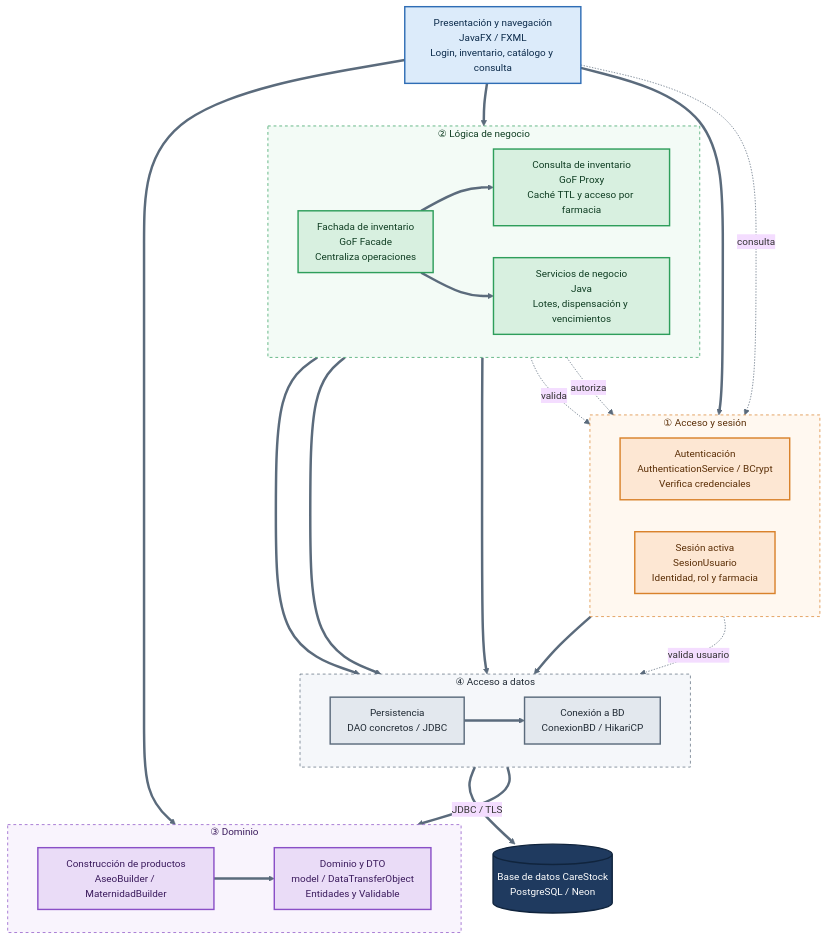
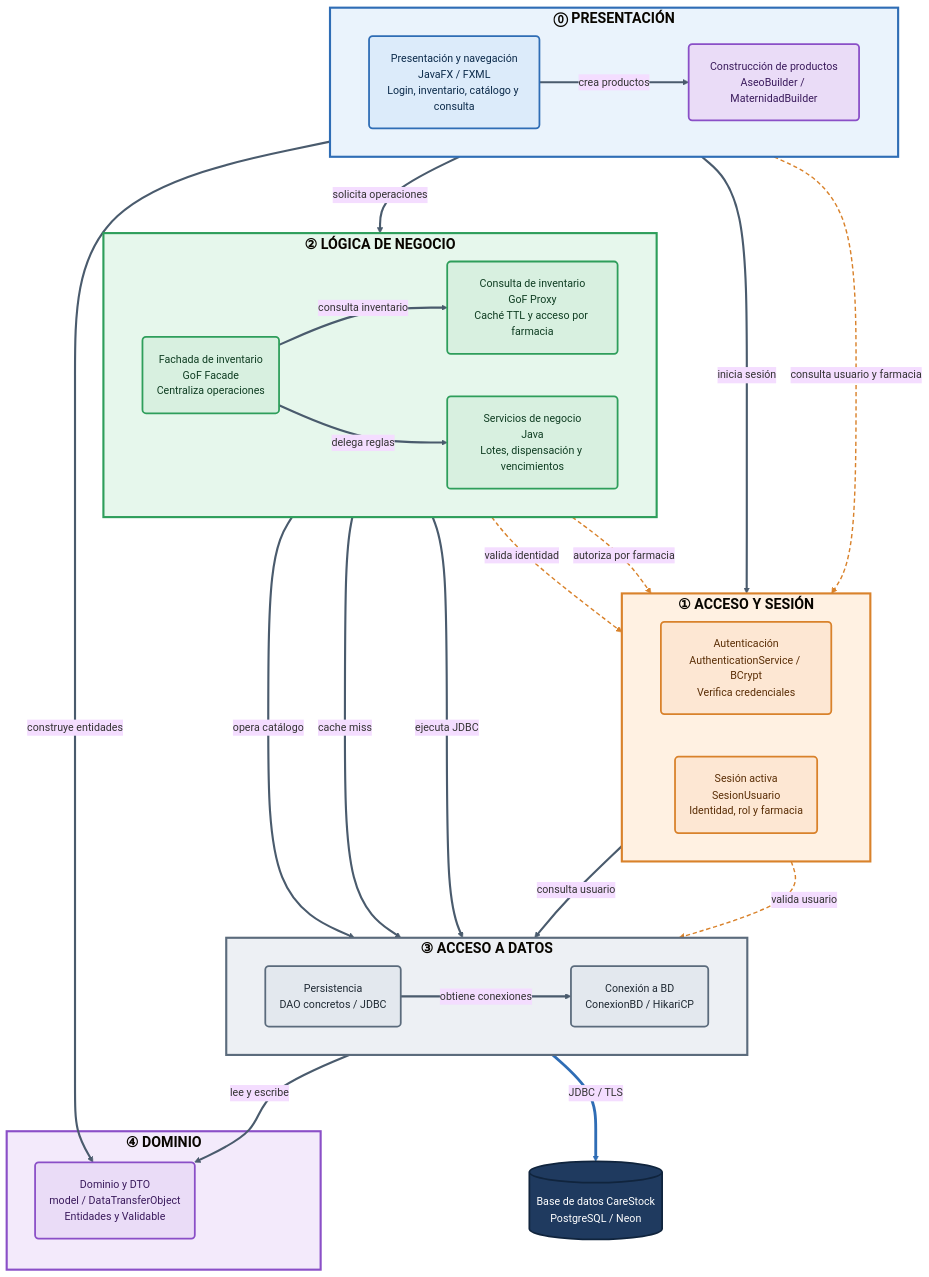
The diagram in docs/diagramas/DIAGRAMA_COMPONENTES_C4.md (puj-course/FIS_2630_1204_G1), drawn with Mermaid before and after one commit. The commit also changed other lines of this file, not shown here.

Commit message:
Revise component diagram and update legends
Updated the component diagram to clarify relationships and styles.

````diff
--- a/docs/diagramas/DIAGRAMA_COMPONENTES_C4.md
+++ b/docs/diagramas/DIAGRAMA_COMPONENTES_C4.md
@@ -16,82 +21,94 @@
 ```mermaid
 %%{init: {
   "theme": "base",
-  "flowchart": { "curve": "basis", "nodeSpacing": 45, "rankSpacing": 60, "padding": 12 },
+  "flowchart": { "curve": "basis", "nodeSpacing": 60, "rankSpacing": 85, "padding": 20, "htmlLabels": true },
   "themeVariables": {
     "fontFamily": "Segoe UI, Roboto, Helvetica, Arial, sans-serif",
-    "fontSize": "14px",
+    "fontSize": "15px",
     "lineColor": "#5B6B7C"
   }
 }}%%
 flowchart TB
 
-    ui["Presentación y navegación<br/>JavaFX / FXML<br/>Login, inventario, catálogo y consulta"]
-
-    subgraph acceso["① Acceso y sesión"]
+    subgraph presentacion["<span style='font-size:20px'><b>⓪ PRESENTACIÓN</b></span>"]
         direction LR
-        auth["Autenticación<br/>AuthenticationService / BCrypt<br/>Verifica credenciales"]
-        sesion["Sesión activa<br/>SesionUsuario<br/>Identidad, rol y farmacia"]
+        ui("Presentación y navegación<br/>JavaFX / FXML<br/>Login, inventario, catálogo y consulta")
+        builder("Construcción de productos<br/>AseoBuilder / MaternidadBuilder")
     end
 
-    subgraph negocio["② Lógica de negocio"]
+    subgraph acceso["<span style='font-size:20px'><b>① ACCESO Y SESIÓN</b></span>"]
         direction LR
-        fachada["Fachada de inventario<br/>GoF Facade<br/>Centraliza operaciones"]
-        proxy["Consulta de inventario<br/>GoF Proxy<br/>Caché TTL y acceso por farmacia"]
-        servicios["Servicios de negocio<br/>Java<br/>Lotes, dispensación y vencimientos"]
+        auth("Autenticación<br/>AuthenticationService / BCrypt<br/>Verifica credenciales")
+        sesion("Sesión activa<br/>SesionUsuario<br/>Identidad, rol y farmacia")
     end
 
-    subgraph dominio["③ Dominio"]
+    subgraph negocio["<span style='font-size:20px'><b>② LÓGICA DE NEGOCIO</b></span>"]
         direction LR
-        builder["Construcción de productos<br/>AseoBuilder / MaternidadBuilder"]
-        modelo["Dominio y DTO<br/>model / DataTransferObject<br/>Entidades y Validable"]
+        fachada("Fachada de inventario<br/>GoF Facade<br/>Centraliza operaciones")
+        proxy("Consulta de inventario<br/>GoF Proxy<br/>Caché TTL y acceso por farmacia")
+        servicios("Servicios de negocio<br/>Java<br/>Lotes, dispensación y vencimientos")
     end
 
-    subgraph datos["④ Acceso a datos"]
+    subgraph datos["<span style='font-size:20px'><b>③ ACCESO A DATOS</b></span>"]
         direction LR
-        dao["Persistencia<br/>DAO concretos / JDBC"]
-        conexion["Conexión a BD<br/>ConexionBD / HikariCP"]
+        dao("Persistencia<br/>DAO concretos / JDBC")
+        conexion("Conexión a BD<br/>ConexionBD / HikariCP")
+    end
+
+    subgraph dominio["<span style='font-size:20px'><b>④ DOMINIO</b></span>"]
+        modelo("Dominio y DTO<br/>model / DataTransferObject<br/>Entidades y Validable")
     end
 
     bd[("Base de datos CareStock<br/>PostgreSQL / Neon")]
 
-    %% Flujo principal
-    ui ==> fachada
-    ui ==> auth
-    ui ==> builder
-    fachada ==> proxy
-    fachada ==> servicios
-    fachada ==> dao
-    proxy ==> dao
-    servicios ==> conexion
-    auth ==> dao
-    builder ==> modelo
-    dao ==> modelo
-    dao ==> conexion
+    %% ---------- Flujo principal (enlaces 0-11) ----------
+    ui ==>|"solicita operaciones"| fachada
+    ui ==>|"inicia sesión"| auth
+    ui ==>|"crea productos"| builder
+    fachada ==>|"consulta inventario"| proxy
+    fachada ==>|"delega reglas"| servicios
+    fachada ==>|"opera catálogo"| dao
+    proxy ==>|"cache miss"| dao
+    servicios ==>|"ejecuta JDBC"| conexion
+    auth ==>|"consulta usuario"| dao
+    dao ==>|"obtiene conexiones"| conexion
+    dao ==>|"lee y escribe"| modelo
+    builder ==>|"construye entidades"| modelo
+
+    %% ---------- Acceso a la base de datos (enlace 12) ----------
     conexion ==>|"JDBC / TLS"| bd
 
-    %% Relaciones transversales (sesión y autorización)
-    ui -.->|"consulta"| sesion
-    fachada -.->|"valida"| sesion
-    proxy -.->|"autoriza"| sesion
+    %% ---------- Relaciones transversales con la sesión (enlaces 13-16) ----------
+    ui -.->|"consulta usuario y farmacia"| sesion
+    fachada -.->|"valida identidad"| sesion
+    proxy -.->|"autoriza por farmacia"| sesion
     sesion -.->|"valida usuario"| conexion
 
-    %% Estilos
-    classDef presentacion fill:#DCEBFA,stroke:#2F6DB5,stroke-width:2px,color:#0B2A4A
-    classDef seguridad fill:#FDE7D3,stroke:#D9822B,stroke-width:2px,color:#5A2E06
-    classDef negocioC fill:#D8F0E0,stroke:#2E9E5B,stroke-width:2px,color:#0F3D22
-    classDef dominioC fill:#EADCF7,stroke:#8A4FC7,stroke-width:2px,color:#3A1A5C
-    classDef datosC fill:#E3E8EE,stroke:#5B6B7C,stroke-width:2px,color:#1F2933
-    classDef bdC fill:#1F3A5F,stroke:#10243D,stroke-width:2px,color:#FFFFFF
+    %% ---------- Estilo de conectores ----------
+    linkStyle 0,1,2,3,4,5,6,7,8,9,10,11 stroke:#4A5B6D,stroke-width:3px
+    linkStyle 12 stroke:#2F6DB5,stroke-width:4px
+    linkStyle 13,14,15,16 stroke:#D9822B,stroke-width:2px,stroke-dasharray:6 4
 
-    class ui presentacion
+    %% ---------- Estilo de componentes ----------
+    classDef presentacionC fill:#DCEBFA,stroke:#2F6DB5,stroke-width:2.5px,color:#0B2A4A
+    classDef seguridad fill:#FDE7D3,stroke:#D9822B,stroke-width:2.5px,color:#5A2E06
+    classDef negocioC fill:#D8F0E0,stroke:#2E9E5B,stroke-width:2.5px,color:#0F3D22
+    classDef dominioC fill:#EADCF7,stroke:#8A4FC7,stroke-width:2.5px,color:#3A1A5C
+    classDef datosC fill:#E3E8EE,stroke:#5B6B7C,stroke-width:2.5px,color:#1F2933
+    classDef bdC fill:#1F3A5F,stroke:#10243D,stroke-width:2.5px,color:#FFFFFF
+
+    class ui presentacionC
+    class builder dominioC
     class auth,sesion seguridad
     class fachada,proxy,servicios negocioC
-    class builder,modelo dominioC
+    class modelo dominioC
     class dao,conexion datosC
     class bd bdC
 
-    style acceso fill:#FFF8F0,stroke:#D9822B,stroke-dasharray:4 4,color:#5A2E06
-    style negocio fill:#F3FBF6,stroke:#2E9E5B,stroke-dasharray:4 4,color:#0F3D22
-    style dominio fill:#F9F4FD,stroke:#8A4FC7,stroke-dasharray:4 4,color:#3A1A5C
-    style datos fill:#F5F7FA,stroke:#5B6B7C,stroke-dasharray:4 4,color:#1F2933
+    %% ---------- Estilo de paquetes ----------
+    style presentacion fill:#EAF3FC,stroke:#2F6DB5,stroke-width:3px,color:#0B2A4A
+    style acceso fill:#FFF1E2,stroke:#D9822B,stroke-width:3px,color:#7A3E05
+    style negocio fill:#E6F7EC,stroke:#2E9E5B,stroke-width:3px,color:#0A4A26
+    style datos fill:#EDF0F4,stroke:#5B6B7C,stroke-width:3px,color:#1F2933
+    style dominio fill:#F3EAFB,stroke:#8A4FC7,stroke-width:3px,color:#4A1F7A
 ```
````
